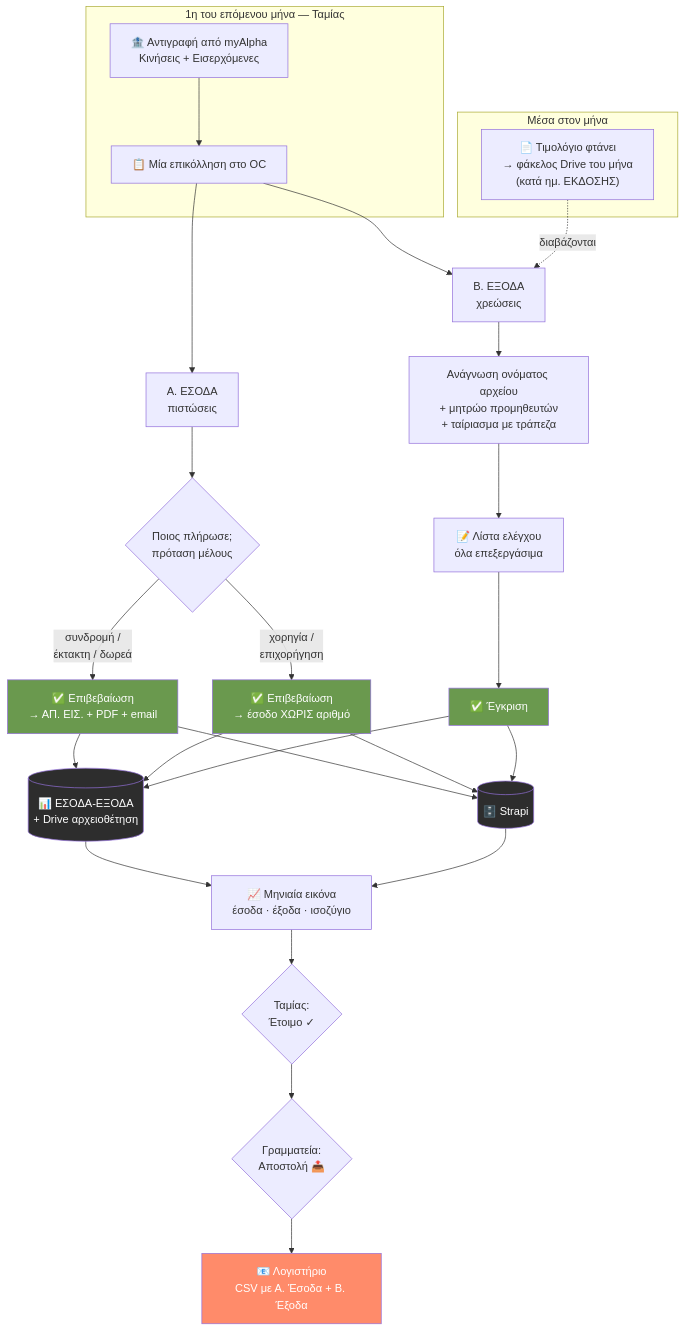
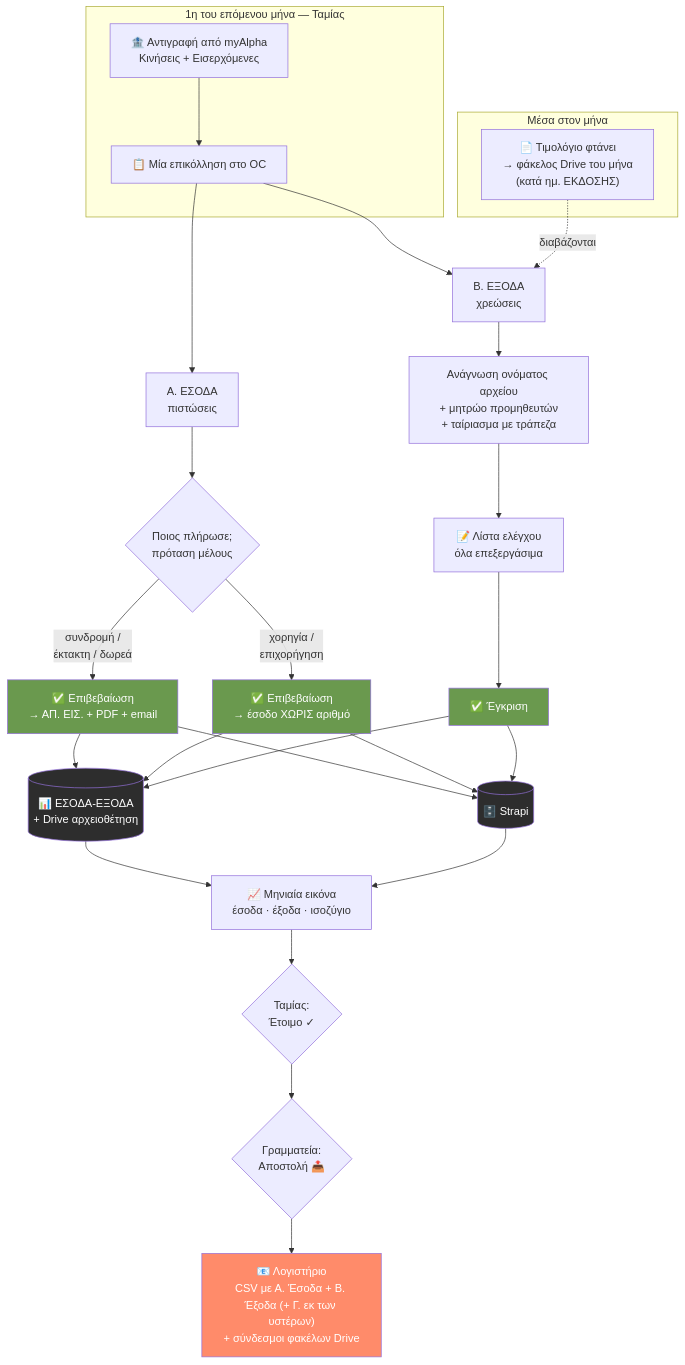
Before and after one commit to cforcadmin/CforC: the first of 2 diagrams in docs/OC-Processes.md, drawn with Mermaid. The commit also changed other lines of this file and 6 other files, not shown here.

First line of the commit message:
Αποστολή λογιστηρίου: τμήμα Γ (εκ των υστέρων), σύνδεσμοι φακέλων Drive, λίστα ανεξόφλητων πριν την επικόλληση

````diff
--- a/docs/OC-Processes.md
+++ b/docs/OC-Processes.md
@@ -39,45 +39,45 @@
 ```mermaid
 flowchart TD
     subgraph month["Μέσα στον μήνα"]
         INV["📄 Τιμολόγιο φτάνει<br/>→ φάκελος Drive του μήνα<br/>(κατά ημ. ΕΚΔΟΣΗΣ)"]
     end
 
     subgraph start["1η του επόμενου μήνα — Ταμίας"]
         BANK["🏦 Αντιγραφή από myAlpha<br/>Κινήσεις + Εισερχόμενες"]
         PASTE["📋 Μία επικόλληση στο OC"]
         BANK --> PASTE
     end
 
     PASTE --> INCOME["Α. ΕΣΟΔΑ<br/>πιστώσεις"]
     PASTE --> EXPENSE["Β. ΕΞΟΔΑ<br/>χρεώσεις"]
     INV -.διαβάζονται.-> EXPENSE
 
     INCOME --> MATCH{"Ποιος πλήρωσε;<br/>πρόταση μέλους"}
     MATCH -->|"συνδρομή /<br/>έκτακτη / δωρεά"| RECEIPT["✅ Επιβεβαίωση<br/>→ ΑΠ. ΕΙΣ. + PDF + email"]
     MATCH -->|"χορηγία /<br/>επιχορήγηση"| RECORD["✅ Επιβεβαίωση<br/>→ έσοδο ΧΩΡΙΣ αριθμό"]
 
     EXPENSE --> PARSE["Ανάγνωση ονόματος αρχείου<br/>+ μητρώο προμηθευτών<br/>+ ταίριασμα με τράπεζα"]
     PARSE --> CHECK["📝 Λίστα ελέγχου<br/>όλα επεξεργάσιμα"]
     CHECK --> APPROVE["✅ Έγκριση"]
 
     RECEIPT --> SHEET[("📊 ΕΣΟΔΑ-ΕΞΟΔΑ<br/>+ Drive αρχειοθέτηση")]
     RECORD --> SHEET
     APPROVE --> SHEET
     RECEIPT --> DB[("🗄️ Strapi")]
     RECORD --> DB
     APPROVE --> DB
 
     SHEET --> VIEW["📈 Μηνιαία εικόνα<br/>έσοδα · έξοδα · ισοζύγιο"]
     DB --> VIEW
 
     VIEW --> READY{"Ταμίας:<br/>Έτοιμο ✓"}
     READY --> DISPATCH{"Γραμματεία:<br/>Αποστολή 📤"}
-    DISPATCH --> ACC["📧 Λογιστήριο<br/>CSV με Α. Έσοδα + Β. Έξοδα"]
+    DISPATCH --> ACC["📧 Λογιστήριο<br/>CSV με Α. Έσοδα + Β. Έξοδα (+ Γ. εκ των υστέρων)<br/>+ σύνδεσμοι φακέλων Drive"]
 
     style RECEIPT fill:#6A994E,color:#fff
     style RECORD fill:#6A994E,color:#fff
     style APPROVE fill:#6A994E,color:#fff
     style ACC fill:#FF8B6A,color:#fff
     style SHEET fill:#2D2D2D,color:#fff
     style DB fill:#2D2D2D,color:#fff
 ```
````
